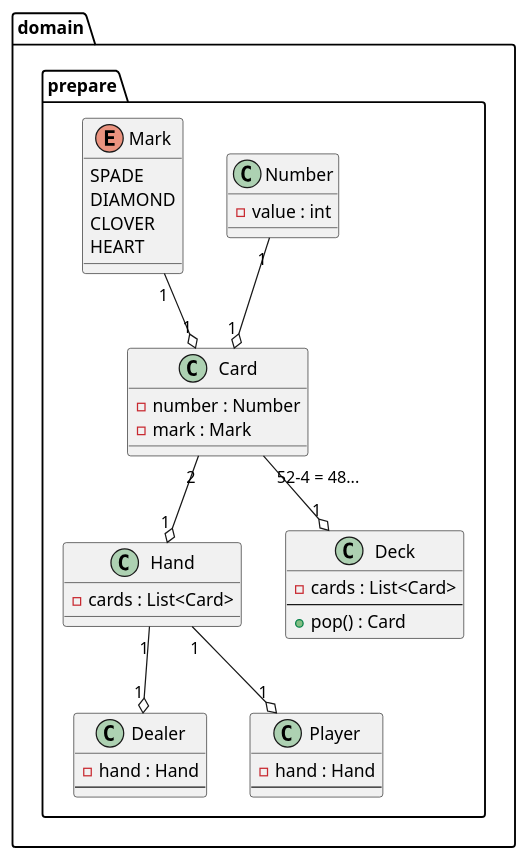
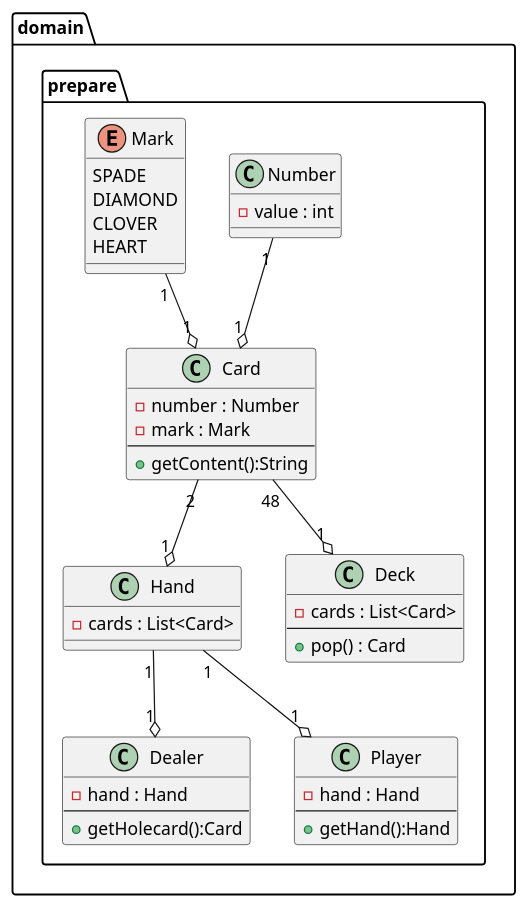
The diagram in lecture/src/uml/prepare-class.puml (KazukiOtomo/sample), drawn with PlantUML before and after one commit. The commit also changed 4 other files, not shown here.

```diff
--- a/lecture/src/uml/prepare-class.puml
+++ b/lecture/src/uml/prepare-class.puml
@@ -1,53 +1,57 @@
 @startuml
 'https://plantuml.com/sequence-diagram
 
 skinparam defaultFontName Cica
 
 package domain.prepare {
 
     class Dealer {
         -hand : Hand
         --
+        +getHolecard():Card
     }
 
     class Player {
         -hand : Hand
         --
+        +getHand():Hand
     }
 
     class Hand {
         -cards : List<Card>
     }
 
     class Card {
         -number : Number
         -mark : Mark
+        --
+        +getContent():String
     }
 
     Hand "1" --o "1" Player
     Hand "1" --o "1" Dealer
     Card "2" --o "1" Hand
 
     class Number {
         -value : int
     }
 
     enum Mark {
         SPADE
         DIAMOND
         CLOVER
         HEART
     }
 
     Mark "1" --o "1" Card
     Number "1" --o "1" Card
 
     class Deck {
         -cards : List<Card>
         --
         +pop() : Card
     }
 
-    Card "52-4 = 48..." --o "1" Deck
+    Card "48" --o "1" Deck
 }
 @enduml
```
